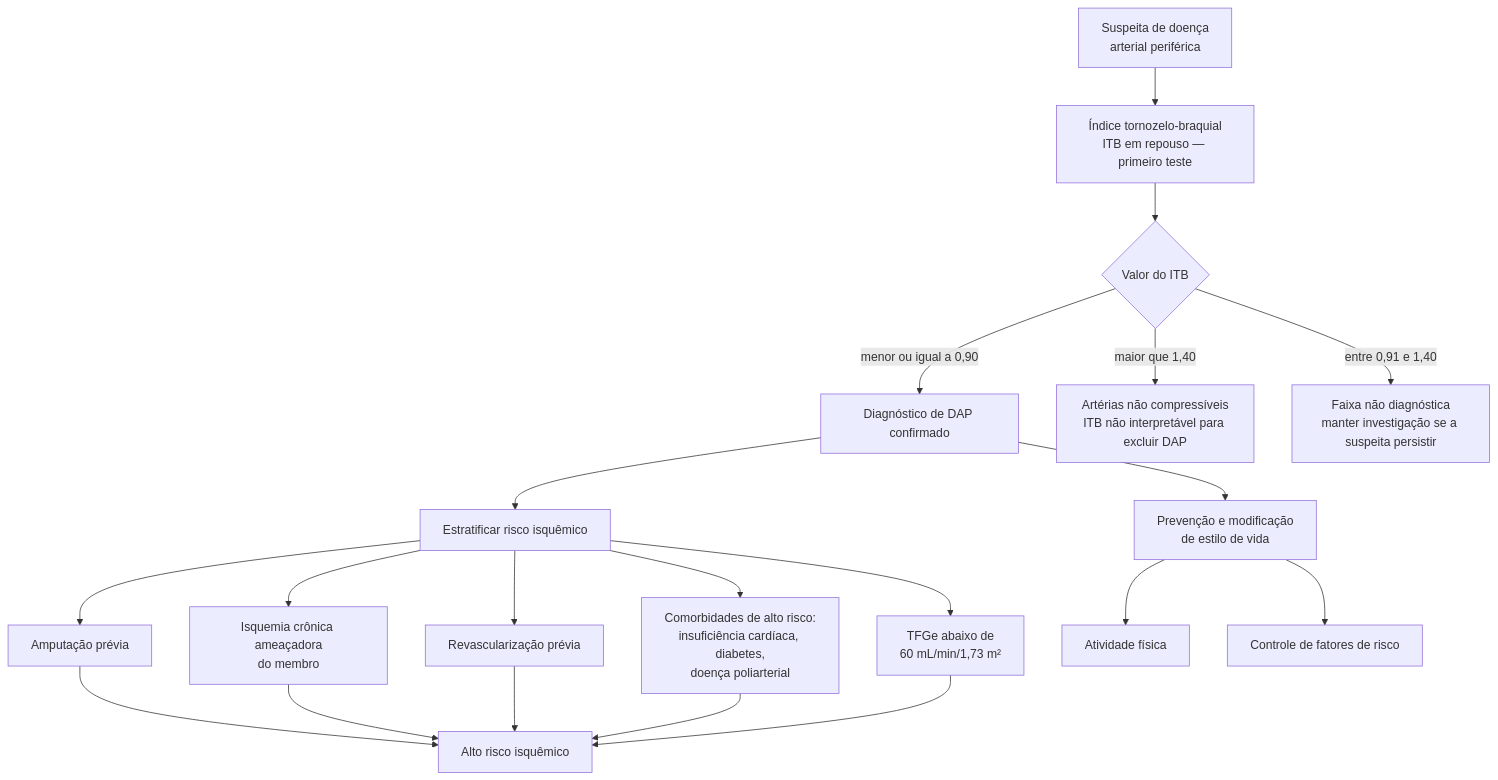
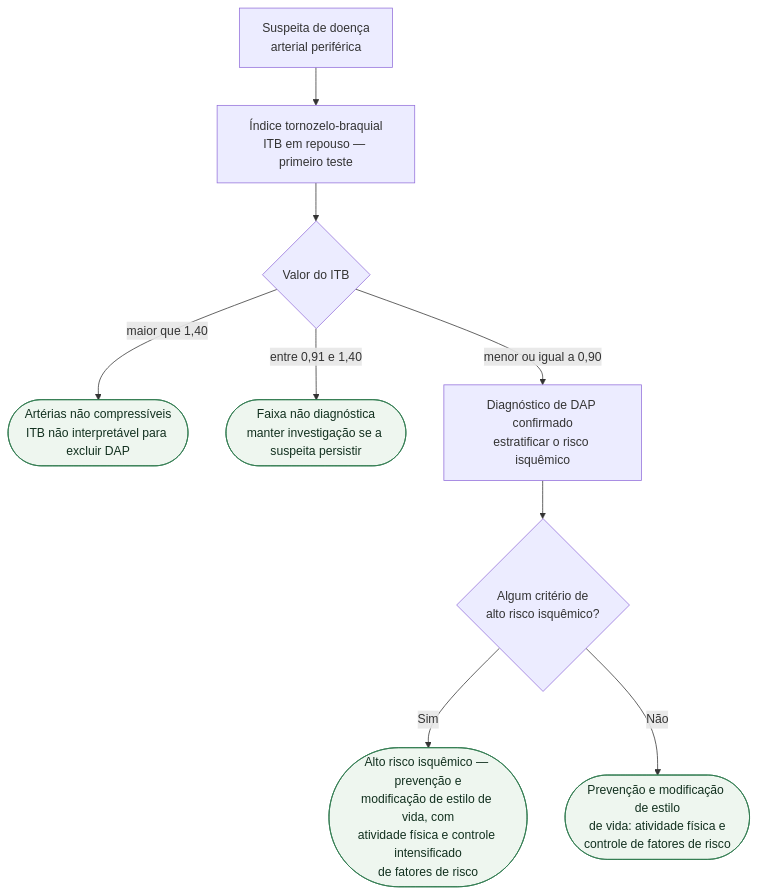
The diagram in content/Aorta_e_doença_arterial_periférica/fluxograma-doenca-arterial-periferica-diagnostico-esc-2024.md (rafaelpaesmeirelles/MeuCardio), drawn with Mermaid before and after one commit. The commit also changed other lines of this file and 18 other files, not shown here.

````diff
--- a/content/Aorta_e_doença_arterial_periférica/fluxograma-doenca-arterial-periferica-diagnostico-esc-2024.md
+++ b/content/Aorta_e_doença_arterial_periférica/fluxograma-doenca-arterial-periferica-diagnostico-esc-2024.md
@@ -20,28 +20,21 @@
 ```mermaid
 flowchart TD
-  A["Suspeita de doença<br/>arterial periférica"] --> B["Índice tornozelo-braquial<br/>ITB em repouso — primeiro teste"]
+  R0["Suspeita de doença<br/>arterial periférica"] --> P1["Índice tornozelo-braquial<br/>ITB em repouso — primeiro teste"]
 
-  B --> C{"Valor do ITB"}
+  P1 --> D1{"Valor do ITB"}
 
-  C -->|"menor ou igual a 0,90"| D["Diagnóstico de DAP confirmado"]
-  C -->|"maior que 1,40"| E["Artérias não compressíveis<br/>ITB não interpretável para excluir DAP"]
-  C -->|"entre 0,91 e 1,40"| F["Faixa não diagnóstica<br/>manter investigação se a suspeita persistir"]
+  D1 -->|"maior que 1,40"| C1(["Artérias não compressíveis<br/>ITB não interpretável para excluir DAP"])
 
-  D --> G["Estratificar risco isquêmico"]
+  D1 -->|"entre 0,91 e 1,40"| C2(["Faixa não diagnóstica<br/>manter investigação se a suspeita persistir"])
 
-  G --> G1["Amputação prévia"]
-  G --> G2["Isquemia crônica ameaçadora<br/>do membro"]
-  G --> G3["Revascularização prévia"]
-  G --> G4["Comorbidades de alto risco:<br/>insuficiência cardíaca, diabetes,<br/>doença poliarterial"]
-  G --> G5["TFGe abaixo de<br/>60 mL/min/1,73 m²"]
+  D1 -->|"menor ou igual a 0,90"| P2["Diagnóstico de DAP confirmado<br/>estratificar o risco isquêmico"]
 
-  G1 --> H["Alto risco isquêmico"]
-  G2 --> H
-  G3 --> H
-  G4 --> H
-  G5 --> H
+  P2 --> D2{"Algum critério de<br/>alto risco isquêmico?"}
 
-  D --> I["Prevenção e modificação<br/>de estilo de vida"]
-  I --> I1["Atividade física"]
-  I --> I2["Controle de fatores de risco"]
+  D2 -->|Sim| C3(["Alto risco isquêmico — prevenção e<br/>modificação de estilo de vida, com<br/>atividade física e controle intensificado<br/>de fatores de risco"])
+
+  D2 -->|Não| C4(["Prevenção e modificação de estilo<br/>de vida: atividade física e<br/>controle de fatores de risco"])
+
+  classDef conduta fill:#eef6ef,stroke:#2f7a4f,color:#12301f;
+  class C1,C2,C3,C4 conduta;
 ```
````
